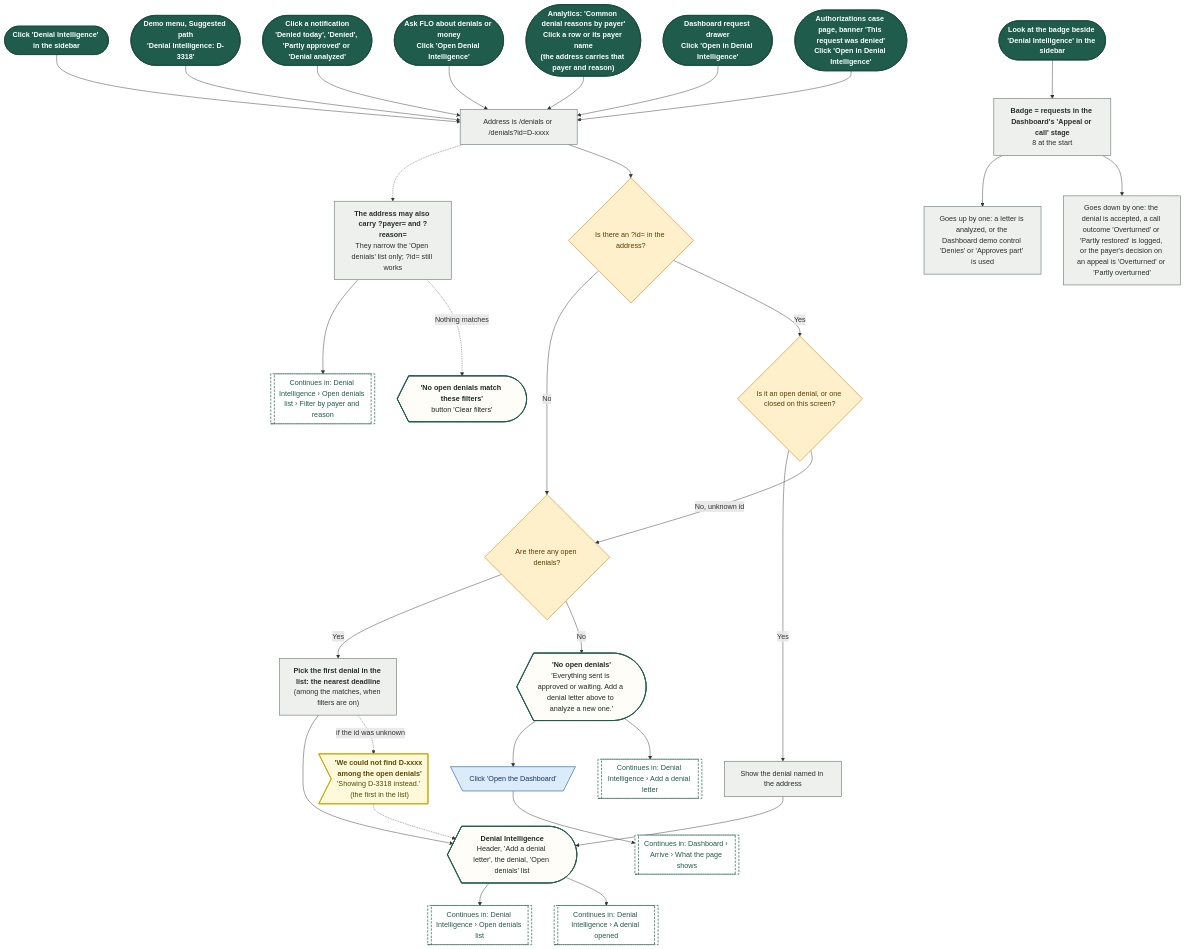
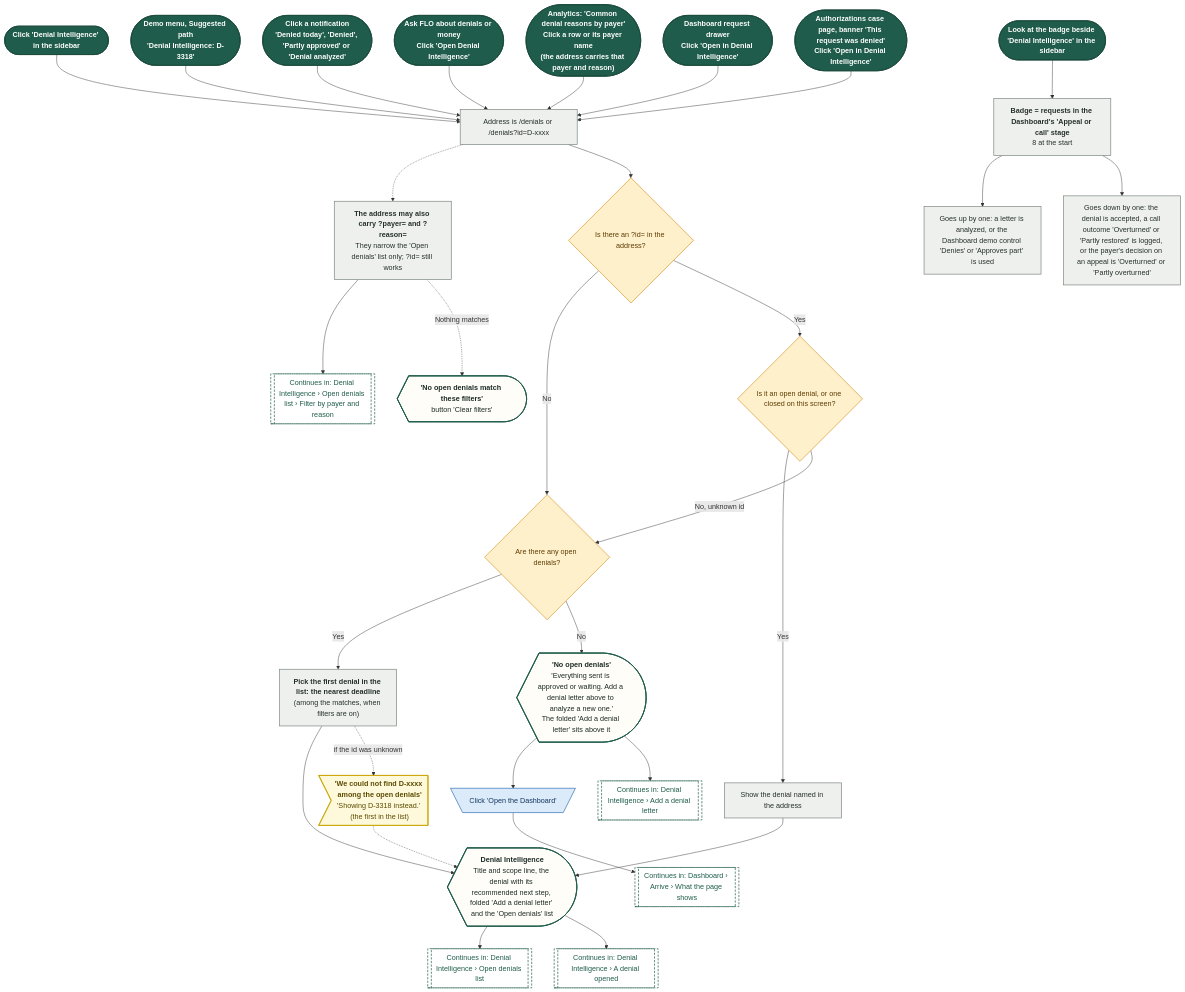
The first of 27 diagrams in demos/prior-auth-demo/workflows/out/md/06-denials.md (Shrav143/psyfloapp), drawn with Mermaid before and after one commit. The commit also changed other lines of this file and 192 other files, not shown here.

First line of the commit message:
docs: changelog by sidebar tab; README, diagrams and Settings layout aligned with the refinement; shared InfoTip; referral cost-share line

````diff
--- a/demos/prior-auth-demo/workflows/out/md/06-denials.md
+++ b/demos/prior-auth-demo/workflows/out/md/06-denials.md
@@ -13,76 +13,76 @@
 ```mermaid
 %%{init: {"theme":"base","themeVariables":{"fontFamily":"'DM Sans', 'Segoe UI', system-ui, sans-serif","fontSize":"15px","lineColor":"#5B6B63","primaryTextColor":"#1C2B25","clusterBkg":"#FBF8F3","clusterBorder":"#D9CDBB","edgeLabelBackground":"#FFFFFF"},"flowchart":{"curve":"basis","nodeSpacing":36,"rankSpacing":48,"padding":12,"htmlLabels":true,"useMaxWidth":false,"wrappingWidth":230}} }%%
 flowchart TD
   classDef k_start fill:#1F5C4B,stroke:#174638,color:#FFFFFF,stroke-width:1.5px,font-weight:600
   classDef k_end fill:#DDEFE3,stroke:#2E7D4F,color:#14502F,stroke-width:1.5px,font-weight:600
   classDef k_endx fill:#FBE3E0,stroke:#C0392B,color:#7A1F16,stroke-width:1.5px,font-weight:600
   classDef k_screen fill:#FFFDF8,stroke:#1F5C4B,color:#1C2B25,stroke-width:2px
   classDef k_overlay fill:#F1F7F3,stroke:#1F5C4B,color:#1C2B25,stroke-width:2px,stroke-dasharray:5 3
   classDef k_click fill:#DCEBFA,stroke:#2F6DB5,color:#12365F,stroke-width:1.5px
   classDef k_input fill:#E4E7FF,stroke:#4C5FD5,color:#1D2670,stroke-width:1.5px
   classDef k_process fill:#EEF0EE,stroke:#7A857F,color:#26302B,stroke-width:1.5px
   classDef k_agent fill:#EEE5FA,stroke:#7A4FC2,color:#341A63,stroke-width:1.5px
   classDef k_decision fill:#FFF0CC,stroke:#D9962B,color:#5C3B00,stroke-width:1.5px
   classDef k_store fill:#D5F0EA,stroke:#1C8E7B,color:#0B4A3F,stroke-width:1.5px
   classDef k_doc fill:#F6E9DC,stroke:#B07A4C,color:#4A2E14,stroke-width:1.5px
   classDef k_ext fill:#FFE6D2,stroke:#E07B39,color:#6B2F06,stroke-width:1.5px
   classDef k_wait fill:#E4E8EE,stroke:#6B7C93,color:#26303D,stroke-width:1.5px
   classDef k_toast fill:#FFF9DB,stroke:#C9A400,color:#5A4A00,stroke-width:1.5px
   classDef k_goto fill:#FFFFFF,stroke:#1F5C4B,color:#1F5C4B,stroke-width:1.5px,stroke-dasharray:5 3
   s1@{ shape: stadium, label: "Click 'Denial Intelligence' in the sidebar" }
   s2@{ shape: stadium, label: "<b>Demo menu, Suggested path</b><br/>'Denial Intelligence: D-3318'" }
   s3@{ shape: stadium, label: "<b>Click a notification</b><br/>'Denied today', 'Denied', 'Partly approved' or 'Denial analyzed'" }
   s4@{ shape: stadium, label: "<b>Ask FLO about denials or money</b><br/>Click 'Open Denial Intelligence'" }
   s5@{ shape: stadium, label: "<b>Analytics: 'Common denial reasons by payer'</b><br/>Click a row or its payer name<br/>(the address carries that payer and reason)" }
   s6@{ shape: stadium, label: "<b>Dashboard request drawer</b><br/>Click 'Open in Denial Intelligence'" }
   s7@{ shape: stadium, label: "<b>Authorizations case page, banner 'This request was denied'</b><br/>Click 'Open in Denial Intelligence'" }
   p1@{ shape: rect, label: "Address is /denials or /denials?id=D-xxxx" }
   d1@{ shape: diam, label: "Is there an ?id= in the address?" }
   d2@{ shape: diam, label: "Is it an open denial, or one closed on this screen?" }
   d3@{ shape: diam, label: "Are there any open denials?" }
   p2@{ shape: rect, label: "<b>Pick the first denial in the list: the nearest deadline</b><br/>(among the matches, when filters are on)" }
   p3@{ shape: rect, label: "Show the denial named in the address" }
   t1@{ shape: odd, label: "<b>'We could not find D-xxxx among the open denials'</b><br/>'Showing D-3318 instead.' (the first in the list)" }
-  sc1@{ shape: curv-trap, label: "<b>Denial Intelligence</b><br/>Header, 'Add a denial letter', the denial, 'Open denials' list" }
-  sc2@{ shape: curv-trap, label: "<b>'No open denials'</b><br/>'Everything sent is approved or waiting. Add a denial letter above to analyze a new one.'" }
+  sc1@{ shape: curv-trap, label: "<b>Denial Intelligence</b><br/>Title and scope line, the denial with its recommended next step, folded 'Add a denial letter' and the 'Open denials' list" }
+  sc2@{ shape: curv-trap, label: "<b>'No open denials'</b><br/>'Everything sent is approved or waiting. Add a denial letter above to analyze a new one.'<br/>The folded 'Add a denial letter' sits above it" }
   c1@{ shape: trap-t, label: "Click 'Open the Dashboard'" }
   g1@{ shape: subproc, label: "Continues in: Denial Intelligence › Open denials list" }
   g2@{ shape: subproc, label: "Continues in: Denial Intelligence › A denial opened" }
   g3@{ shape: subproc, label: "Continues in: Denial Intelligence › Add a denial letter" }
   g4@{ shape: subproc, label: "Continues in: Dashboard › Arrive › What the page shows" }
   pf@{ shape: rect, label: "<b>The address may also carry ?payer= and ?reason=</b><br/>They narrow the 'Open denials' list only; ?id= still works" }
   g5@{ shape: subproc, label: "Continues in: Denial Intelligence › Open denials list › Filter by payer and reason" }
   sc3@{ shape: curv-trap, label: "<b>'No open denials match these filters'</b><br/>button 'Clear filters'" }
   s8@{ shape: stadium, label: "Look at the badge beside 'Denial Intelligence' in the sidebar" }
   b1@{ shape: rect, label: "<b>Badge = requests in the Dashboard's 'Appeal or call' stage</b><br/>8 at the start" }
   b2@{ shape: rect, label: "Goes up by one: a letter is analyzed, or the Dashboard demo control 'Denies' or 'Approves part' is used" }
   b3@{ shape: rect, label: "Goes down by one: the denial is accepted, a call outcome 'Overturned' or 'Partly restored' is logged, or the payer's decision on an appeal is 'Overturned' or 'Partly overturned'" }
   s1 --> p1
   p1 -.-> pf --> g5
   pf -.->|"Nothing matches"| sc3
   s2 --> p1
   s3 --> p1
   s4 --> p1
   s5 --> p1
   s6 --> p1
   s7 --> p1
   p1 --> d1
   d1 -->|"No"| d3
   d1 -->|"Yes"| d2
   d2 -->|"Yes"| p3 --> sc1
   d2 -->|"No, unknown id"| d3
   d3 -->|"Yes"| p2 --> sc1
   p2 -.->|"if the id was unknown"| t1 -.-> sc1
   d3 -->|"No"| sc2
   sc2 --> c1 --> g4
   sc2 --> g3
   sc1 --> g1 & g2
   s8 --> b1 --> b2 & b3
   class s1,s2,s3,s4,s5,s6,s7,s8 k_start
   class p1,p2,p3,pf,b1,b2,b3 k_process
   class d1,d2,d3 k_decision
   class t1 k_toast
   class sc1,sc2,sc3 k_screen
   class c1 k_click
   class g1,g2,g3,g4,g5 k_goto
 ```
````
